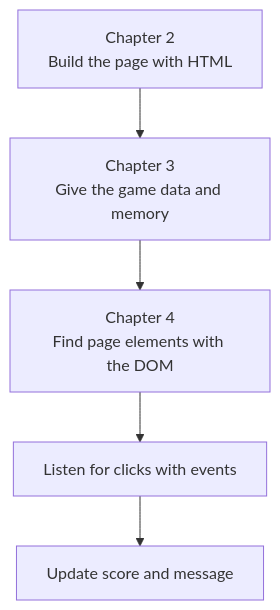
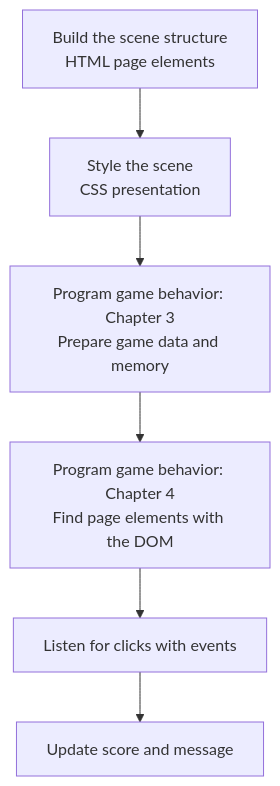
One commit to hungfuc/js_game_for_kids changed the eighth of 8 diagrams in Quarto_Doc/chapters/03-variables-monster-starter.qmd. Above: the diagram before and after it, drawn with Mermaid. The commit also changed other lines of this file and 72 other files, not shown here.

````diff
--- a/Quarto_Doc/chapters/03-variables-monster-starter.qmd
+++ b/Quarto_Doc/chapters/03-variables-monster-starter.qmd
@@ -831,7 +935,8 @@
 ```{mermaid}
 flowchart TD
-    A[Chapter 2<br/>Build the page with HTML] --> B[Chapter 3<br/>Give the game data and memory]
-    B --> C[Chapter 4<br/>Find page elements with the DOM]
+    A[Build the scene structure<br/>HTML page elements] --> S[Style the scene<br/>CSS presentation]
+    S --> B[Program game behavior: Chapter 3<br/>Prepare game data and memory]
+    B --> C[Program game behavior: Chapter 4<br/>Find page elements with the DOM]
     C --> D[Listen for clicks with events]
     D --> E[Update score and message]
 ```
````
